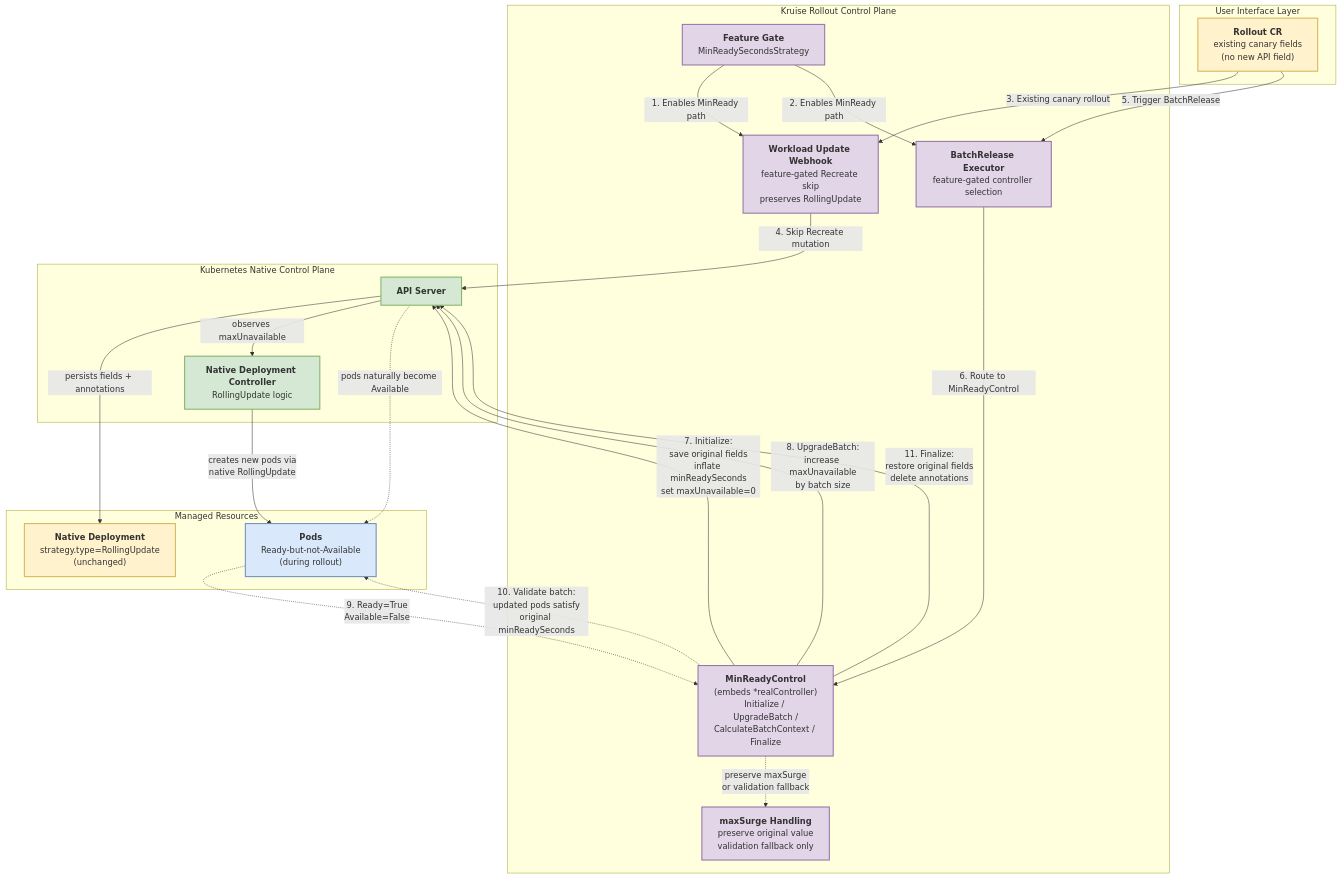
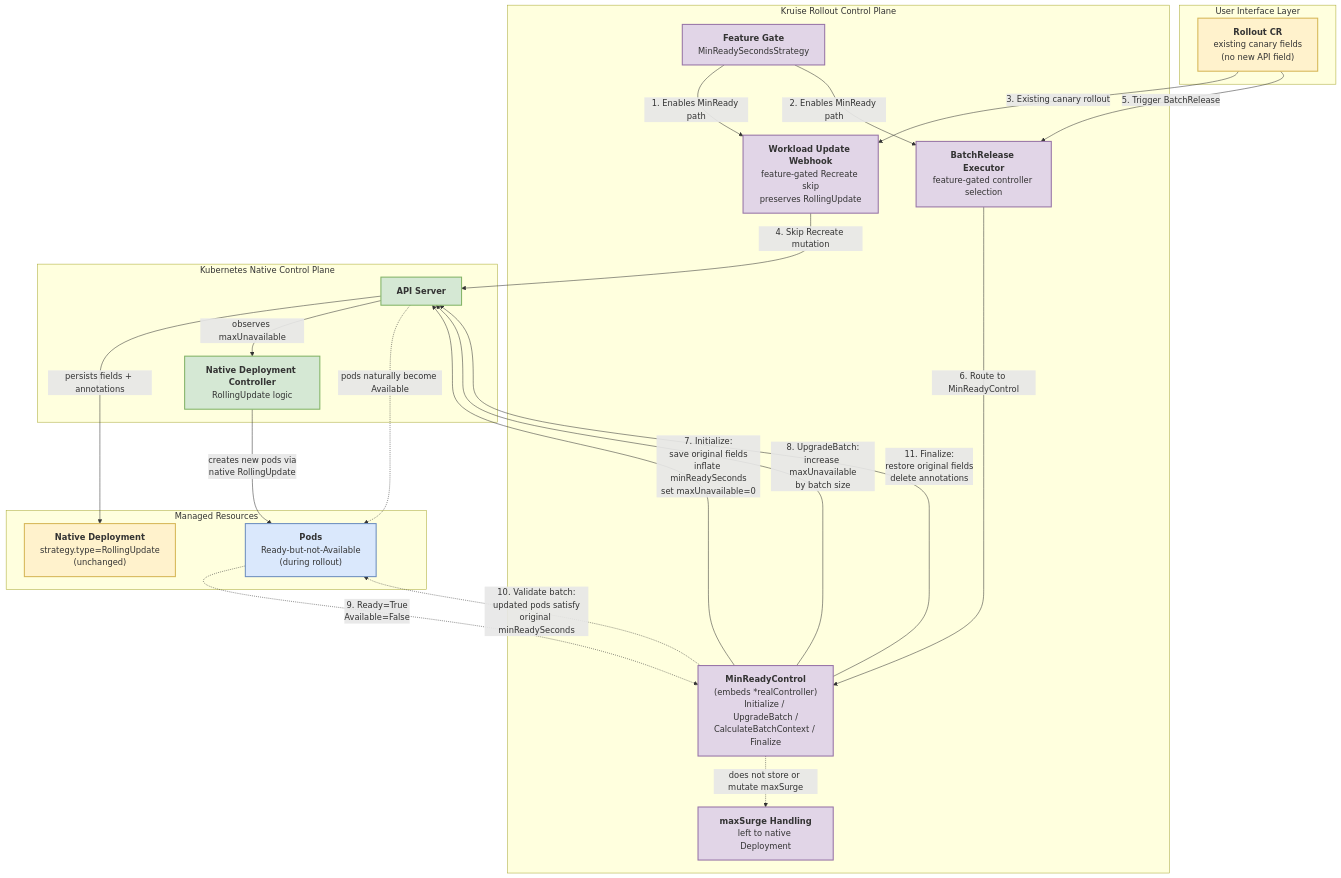
One commit to openkruise/rollouts changed the diagram in docs/proposals/20260315-deployment-minready-seconds-progressive-delivery.md. Above: the diagram before and after it, drawn with Mermaid. The commit also changed other lines of this file and 29 other files, not shown here.

````diff
--- a/docs/proposals/20260315-deployment-minready-seconds-progressive-delivery.md
+++ b/docs/proposals/20260315-deployment-minready-seconds-progressive-delivery.md
@@ -125,55 +125,55 @@
 ```mermaid
 graph TB
     subgraph "User Interface Layer"
         ROLLOUT["<b>Rollout CR</b><br/>existing canary fields<br/>(no new API field)"]
     end
 
     subgraph "Kruise Rollout Control Plane"
         FG["<b>Feature Gate</b><br/>MinReadySecondsStrategy"]
         WH["<b>Workload Update Webhook</b><br/>feature-gated Recreate skip<br/>preserves RollingUpdate"]
         EX["<b>BatchRelease Executor</b><br/>feature-gated controller selection"]
         MRC["<b>MinReadyControl</b><br/>(embeds *realController)<br/>Initialize / UpgradeBatch /<br/>CalculateBatchContext / Finalize"]
-        MS["<b>maxSurge Handling</b><br/>preserve original value<br/>validation fallback only"]
+        MS["<b>maxSurge Handling</b><br/>left to native Deployment"]
     end
 
     subgraph "Kubernetes Native Control Plane"
         API["<b>API Server</b>"]
         KDC["<b>Native Deployment Controller</b><br/>RollingUpdate logic"]
     end
 
     subgraph "Managed Resources"
         DEP["<b>Native Deployment</b><br/>strategy.type=RollingUpdate<br/>(unchanged)"]
         PODS["<b>Pods</b><br/>Ready-but-not-Available<br/>(during rollout)"]
     end
 
     FG -->|"1. Enables MinReady path"| WH
     FG -->|"2. Enables MinReady path"| EX
     ROLLOUT -->|"3. Existing canary rollout"| WH
     WH -->|"4. Skip Recreate mutation"| API
     ROLLOUT -->|"5. Trigger BatchRelease"| EX
     EX -->|"6. Route to MinReadyControl"| MRC
 
     MRC -->|"7. Initialize:<br/>save original fields<br/>inflate minReadySeconds<br/>set maxUnavailable=0"| API
-    MRC -.->|"preserve maxSurge<br/>or validation fallback"| MS
+    MRC -.->|"does not store or mutate maxSurge"| MS
     API -->|"persists fields + annotations"| DEP
 
     MRC -->|"8. UpgradeBatch:<br/>increase maxUnavailable<br/>by batch size"| API
     API -->|"observes maxUnavailable"| KDC
     KDC -->|"creates new pods via<br/>native RollingUpdate"| PODS
 
     PODS -.->|"9. Ready=True<br/>Available=False"| MRC
     MRC -.->|"10. Validate batch:<br/>updated pods satisfy<br/>original minReadySeconds"| PODS
 
     MRC -->|"11. Finalize:<br/>restore original fields<br/>delete annotations"| API
     API -.->|"pods naturally become Available"| PODS
 
     classDef userLayer fill:#fff2cc,stroke:#d6b656,stroke-width:2px
     classDef controllerLayer fill:#e1d5e7,stroke:#9673a6,stroke-width:2px
     classDef k8sLayer fill:#d5e8d4,stroke:#82b366,stroke-width:2px
     classDef resourceLayer fill:#dae8fc,stroke:#6c8ebf,stroke-width:2px
 
     class ROLLOUT,DEP userLayer
     class FG,WH,EX,MRC,MS controllerLayer
     class API,KDC k8sLayer
     class PODS resourceLayer
 ```
````
